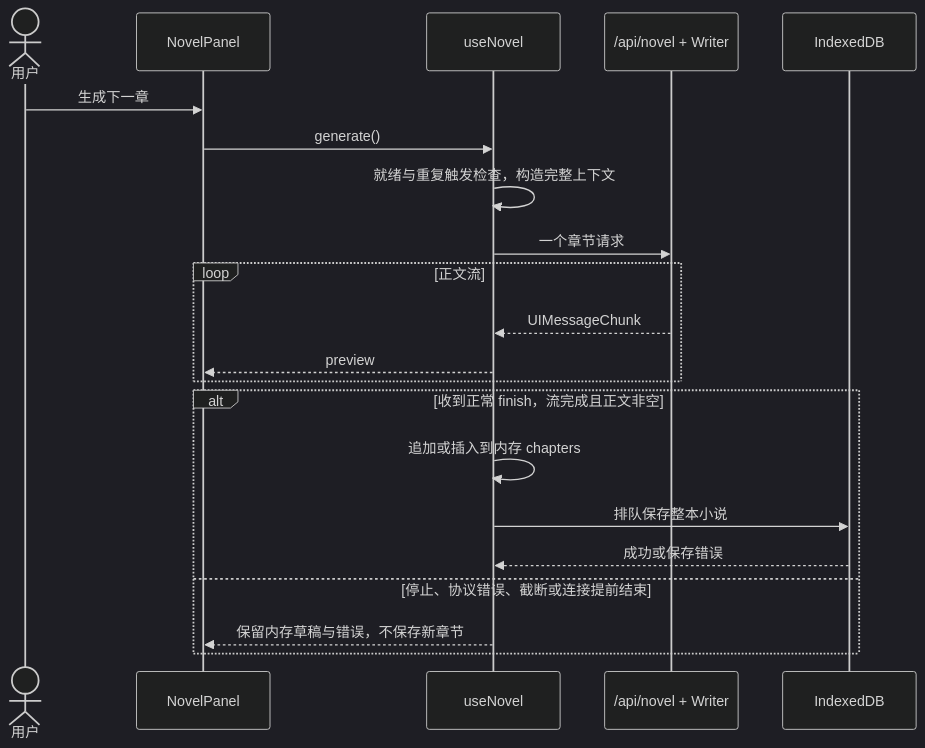
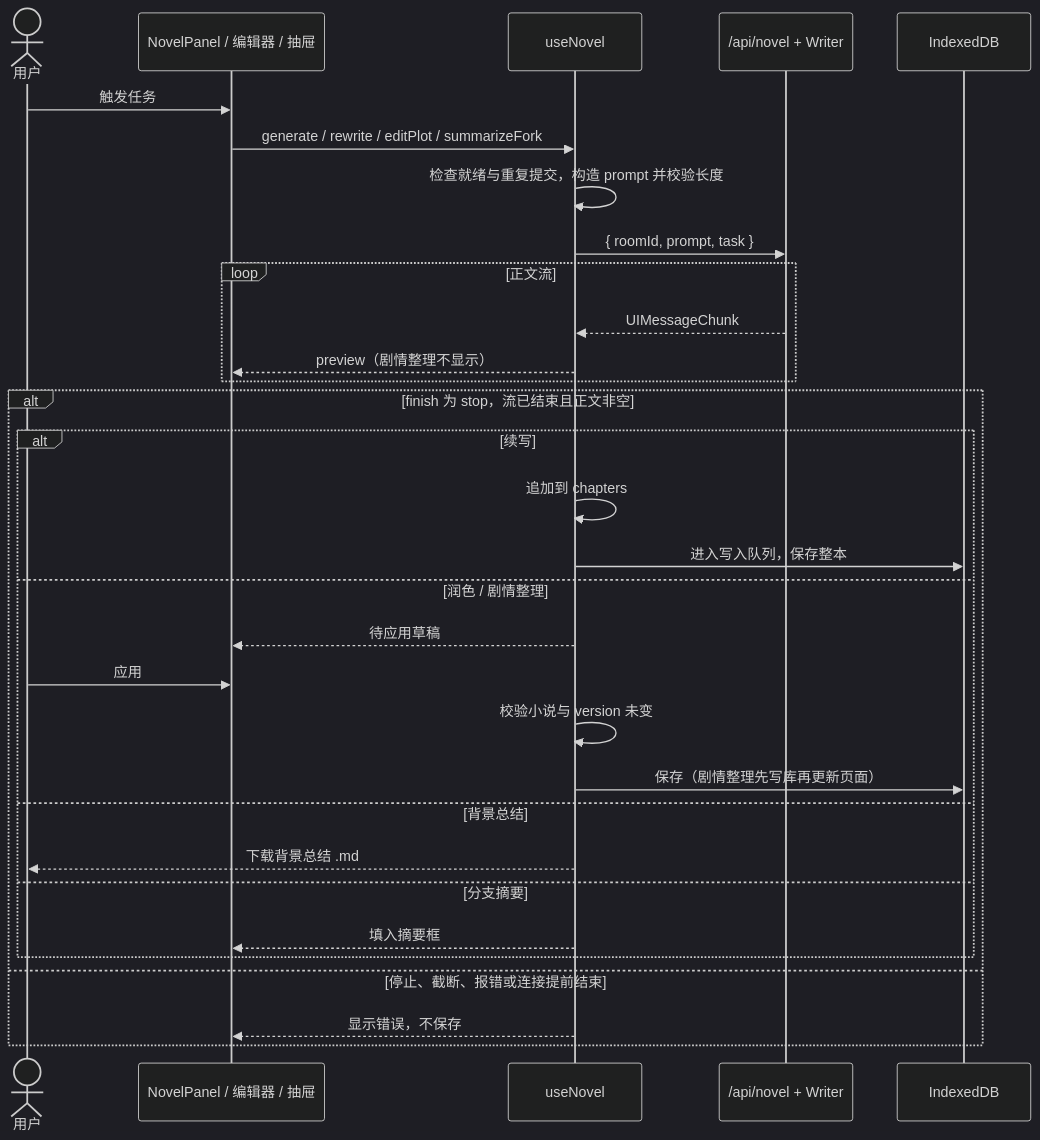
Before and after one commit to marvin-season/landing-page: the fifth of 5 diagrams in docs/open-world/flowcharts.md, drawn with Mermaid (dark theme). The commit also changed other lines of this file and 7 other files, not shown here.

````diff
--- a/docs/open-world/flowcharts.md
+++ b/docs/open-world/flowcharts.md
@@ -140,23 +140,33 @@
 ```mermaid
 sequenceDiagram
   actor User as 用户
-  participant UI as NovelPanel
+  participant UI as NovelPanel / 编辑器 / 抽屉
   participant Hook as useNovel
   participant API as /api/novel + Writer
   participant DB as IndexedDB
-  User->>UI: 生成下一章
-  UI->>Hook: generate()
-  Hook->>Hook: 就绪与重复触发检查，构造完整上下文
-  Hook->>API: 一个章节请求
+  User->>UI: 触发任务
+  UI->>Hook: generate / rewrite / editPlot / summarizeFork
+  Hook->>Hook: 检查就绪与重复提交，构造 prompt 并校验长度
+  Hook->>API: { roomId, prompt, task }
   loop 正文流
     API-->>Hook: UIMessageChunk
-    Hook-->>UI: preview
+    Hook-->>UI: preview（剧情整理不显示）
   end
-  alt 收到正常 finish，流完成且正文非空
-    Hook->>Hook: 追加或插入到内存 chapters
-    Hook->>DB: 排队保存整本小说
-    DB-->>Hook: 成功或保存错误
-  else 停止、协议错误、截断或连接提前结束
-    Hook-->>UI: 保留内存草稿与错误，不保存新章节
+  alt finish 为 stop，流已结束且正文非空
+    alt 续写
+      Hook->>Hook: 追加到 chapters
+      Hook->>DB: 进入写入队列，保存整本
+    else 润色 / 剧情整理
+      Hook-->>UI: 待应用草稿
+      User->>UI: 应用
+      Hook->>Hook: 校验小说与 version 未变
+      Hook->>DB: 保存（剧情整理先写库再更新页面）
+    else 背景总结
+      Hook-->>User: 下载背景总结 .md
+    else 分支摘要
+      Hook-->>UI: 填入摘要框
+    end
+  else 停止、截断、报错或连接提前结束
+    Hook-->>UI: 显示错误，不保存
   end
 ```
````
